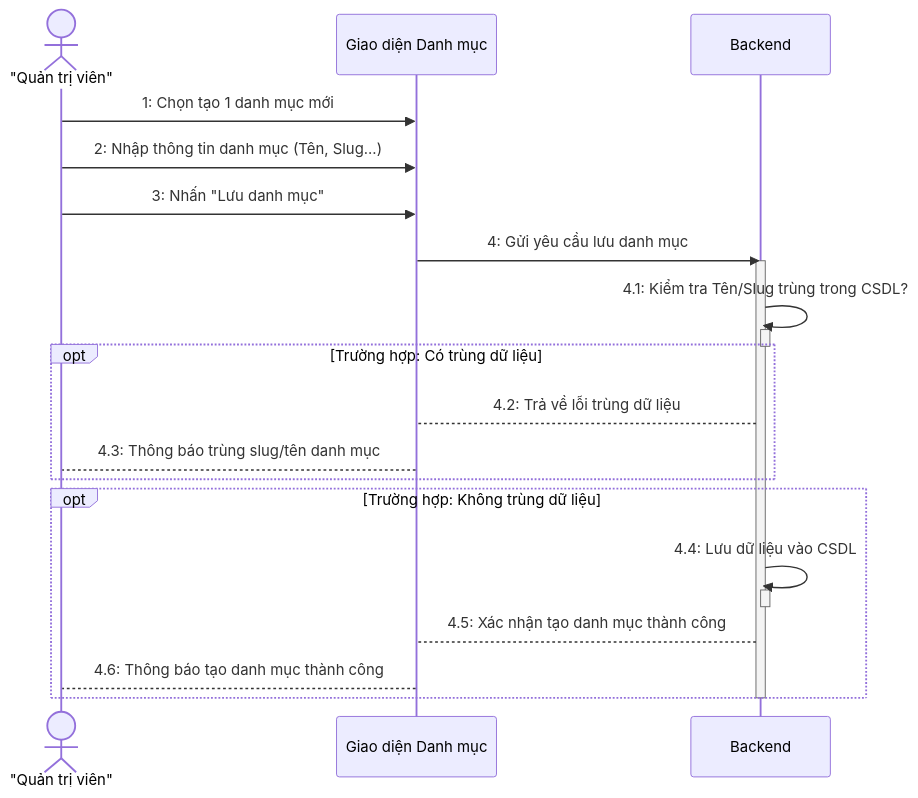
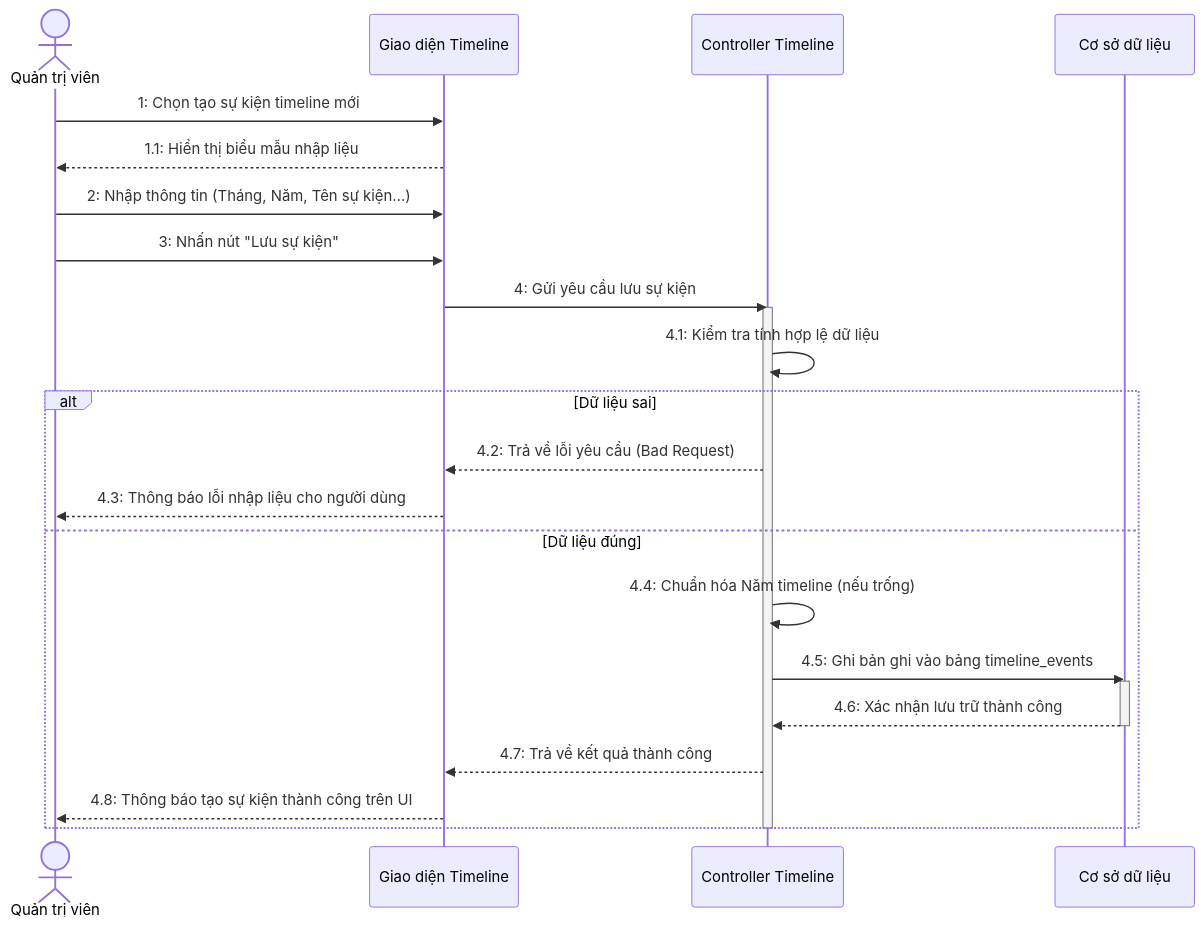
The tenth of 12 diagrams in docs/Sequence_Diagrams.md (Trangkmt/lcd-website), drawn with Mermaid before and after one commit. The commit also changed other lines of this file and 47 other files, not shown here.

````diff
--- a/docs/Sequence_Diagrams.md
+++ b/docs/Sequence_Diagrams.md
@@ -360,30 +337,31 @@
 ```mermaid
 sequenceDiagram
-    actor A as "Quản trị viên"
-    participant B as Giao diện Danh mục
-    participant BE as Backend
+    actor A as Quản trị viên
+    participant G as Giao diện Timeline
+    participant C as Controller Timeline
+    participant D as Cơ sở dữ liệu
     
-    A->>B: 1: Chọn tạo 1 danh mục mới
-    A->>B: 2: Nhập thông tin danh mục (Tên, Slug...)
-    A->>B: 3: Nhấn "Lưu danh mục"
+    A->>G: 1: Chọn tạo sự kiện timeline mới
+    G-->>A: 1.1: Hiển thị biểu mẫu nhập liệu
     
-    B->>BE: 4: Gửi yêu cầu lưu danh mục
-    activate BE
-    BE->>BE: 4.1: Kiểm tra Tên/Slug trùng trong CSDL?
-    activate BE
-    deactivate BE
+    A->>G: 2: Nhập thông tin (Tháng, Năm, Tên sự kiện...)
+    A->>G: 3: Nhấn nút "Lưu sự kiện"
     
-    opt Trường hợp: Có trùng dữ liệu
-        BE-->B: 4.2: Trả về lỗi trùng dữ liệu
-        B-->A: 4.3: Thông báo trùng slug/tên danh mục
+    G->>C: 4: Gửi yêu cầu lưu sự kiện
+    activate C
+    C->>C: 4.1: Kiểm tra tính hợp lệ dữ liệu
+    
+    alt Dữ liệu sai
+        C-->>G: 4.2: Trả về lỗi yêu cầu (Bad Request)
+        G-->>A: 4.3: Thông báo lỗi nhập liệu cho người dùng
+    else Dữ liệu đúng
+        C->>C: 4.4: Chuẩn hóa Năm timeline (nếu trống)
+        C->>D: 4.5: Ghi bản ghi vào bảng timeline_events
+        activate D
+        D-->>C: 4.6: Xác nhận lưu trữ thành công
+        deactivate D
+        C-->>G: 4.7: Trả về kết quả thành công
+        G-->>A: 4.8: Thông báo tạo sự kiện thành công trên UI
     end
-    
-    opt Trường hợp: Không trùng dữ liệu
-        BE->>BE: 4.4: Lưu dữ liệu vào CSDL
-        activate BE
-        deactivate BE
-        BE-->B: 4.5: Xác nhận tạo danh mục thành công
-        B-->A: 4.6: Thông báo tạo danh mục thành công
-    end
-    deactivate BE
+    deactivate C
 ```
````
